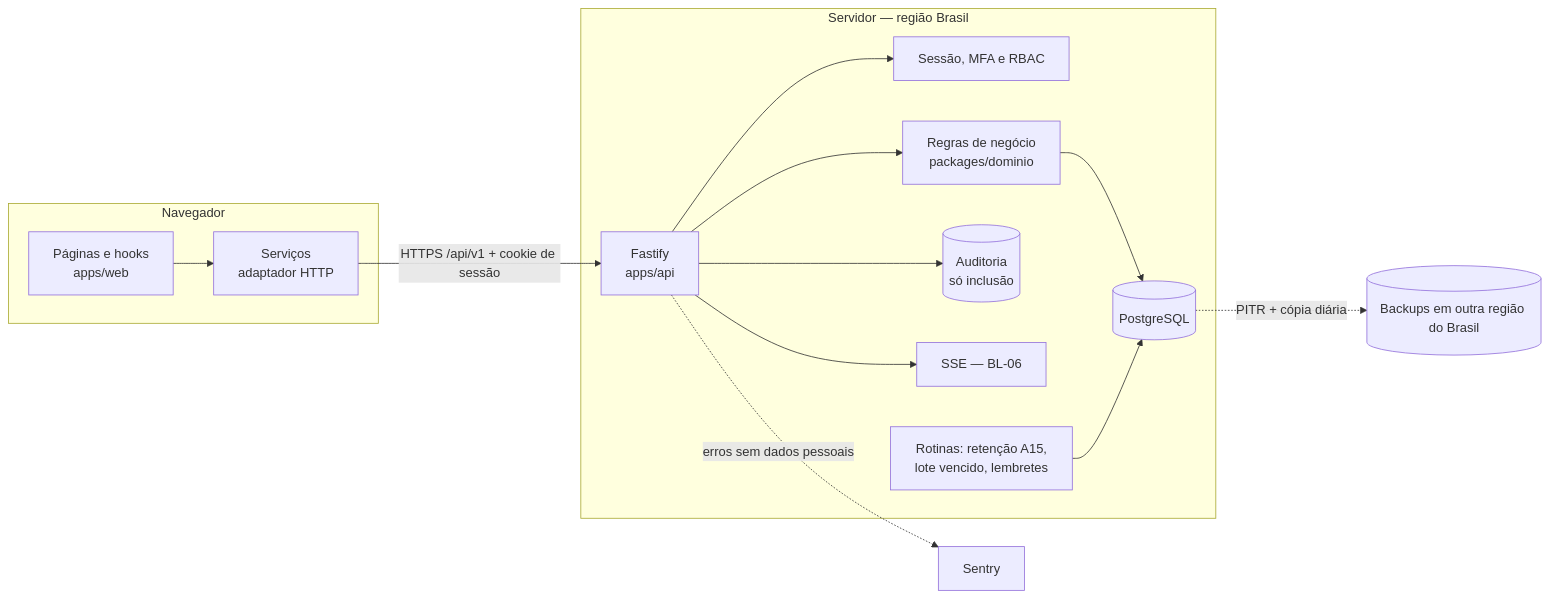
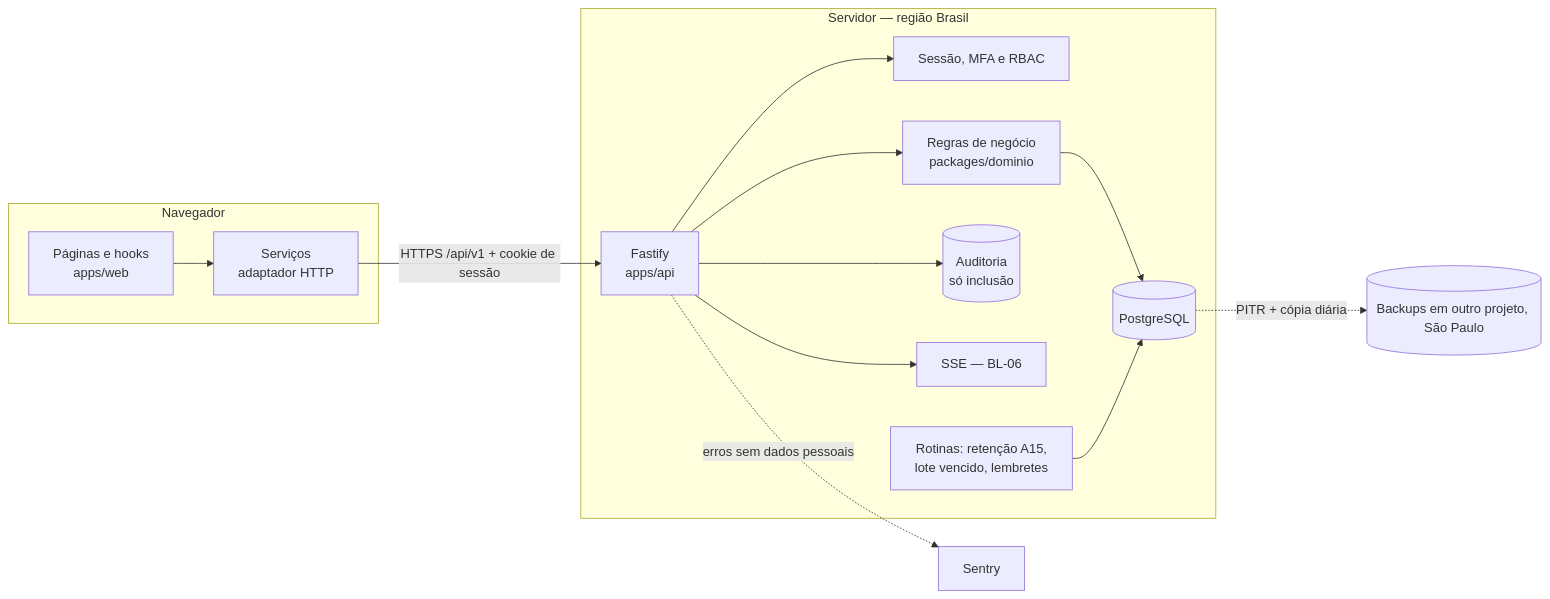
The second of 2 diagrams in PLANO_MELHORIAS_MEDICORE.md (HeltonHeleno/Medicore), drawn with Mermaid before and after one commit. The commit also changed other lines of this file and 1 other file, not shown here.

First line of the commit message:
etapa-0: decisões D21–D35 aprovadas; D23 Google Cloud em São Paulo

````diff
--- a/PLANO_MELHORIAS_MEDICORE.md
+++ b/PLANO_MELHORIAS_MEDICORE.md
@@ -346,17 +346,17 @@
 ```mermaid
 flowchart LR
     subgraph Navegador
       UI[Páginas e hooks<br/>apps/web] --> SV[Serviços<br/>adaptador HTTP]
     end
     SV -- HTTPS /api/v1 + cookie de sessão --> API
     subgraph Servidor[Servidor — região Brasil]
       API[Fastify<br/>apps/api] --> AUT[Sessão, MFA e RBAC]
       API --> REG[Regras de negócio<br/>packages/dominio]
       REG --> BD[(PostgreSQL)]
       API --> AUD[(Auditoria<br/>só inclusão)]
       API --> SSE[SSE — BL-06]
       JOB[Rotinas: retenção A15,<br/>lote vencido, lembretes] --> BD
     end
     API -. erros sem dados pessoais .-> SEN[Sentry]
-    BD -. PITR + cópia diária .-> BKP[(Backups em outra região do Brasil)]
+    BD -. PITR + cópia diária .-> BKP[(Backups em outro projeto, São Paulo)]
 ```
````
